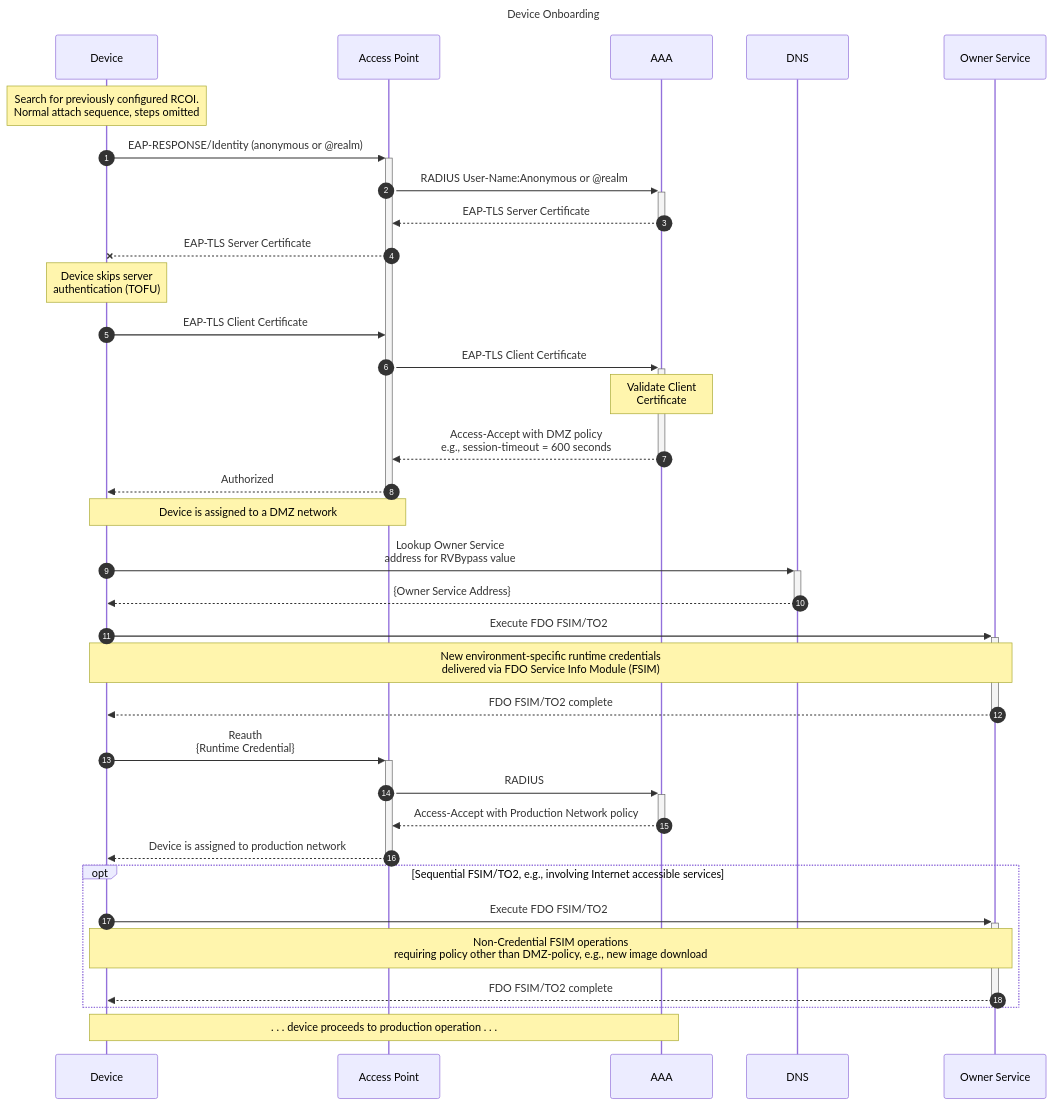
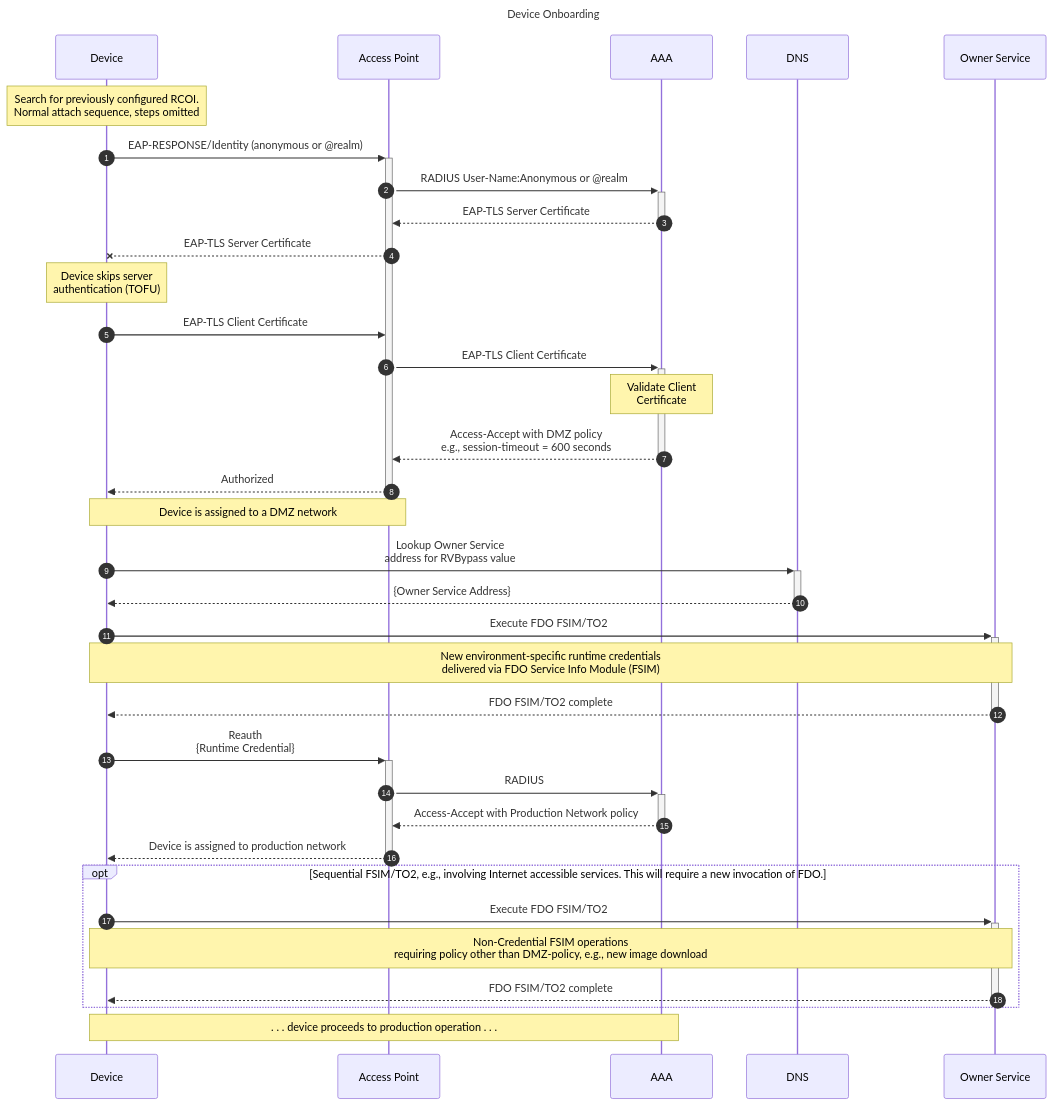
Before and after one commit to wireless-broadband-alliance/WBA-FIDO-Collaboration: the second of 2 diagrams in WORKFLOWS.md, drawn with Mermaid.

````diff
--- a/WORKFLOWS.md
+++ b/WORKFLOWS.md
@@ -70,47 +70,47 @@
 ```mermaid
 sequenceDiagram
     title Device Onboarding
     participant dev as Device
     participant ap as Access Point
     participant aaa as AAA
     participant dns as DNS
     participant owner as Owner Service
 
     autonumber
 
     note over dev: Search for previously configured RCOI.<br/>Normal attach sequence, steps omitted
     dev ->>+ ap: EAP-RESPONSE/Identity (anonymous or @realm)
     ap ->>+ aaa: RADIUS User-Name:Anonymous or @realm
 
     aaa -->>- ap: EAP-TLS Server Certificate
     ap --x dev: EAP-TLS Server Certificate
     note over dev : Device skips server<br/>authentication (TOFU)
 
     dev ->> ap: EAP-TLS Client Certificate
     ap ->>+ aaa: EAP-TLS Client Certificate
 
     note over aaa : Validate Client<br/>Certificate
 
     aaa -->>- ap: Access-Accept with DMZ policy<br/>e.g., session-timeout = 600 seconds
     ap -->>- dev: Authorized
     note over dev,ap: Device is assigned to a DMZ network
 
     dev ->>+ dns: Lookup Owner Service<br/>address for RVBypass value
     dns -->>- dev: {Owner Service Address}
 
     dev ->>+ owner: Execute FDO FSIM/TO2
     note over dev,owner: New environment-specific runtime credentials<br/>delivered via FDO Service Info Module (FSIM)
     owner -->>- dev: FDO FSIM/TO2 complete
 
     dev ->>+ ap: Reauth<br/>{Runtime Credential}
     ap ->>+ aaa: RADIUS
     aaa -->>- ap: Access-Accept with Production Network policy
     ap -->>- dev: Device is assigned to production network
-    opt Sequential FSIM/TO2, e.g., involving Internet accessible services
+    opt Sequential FSIM/TO2, e.g., involving Internet accessible services. This will require a new invocation of FDO.
         dev ->>+ owner: Execute FDO FSIM/TO2
             note over dev,owner: Non-Credential FSIM operations<br/>requiring policy other than DMZ-policy, e.g., new image download
         owner -->>- dev: FDO FSIM/TO2 complete
 
     end
     note over dev,aaa: . . . device proceeds to production operation . . .
 ```
````
